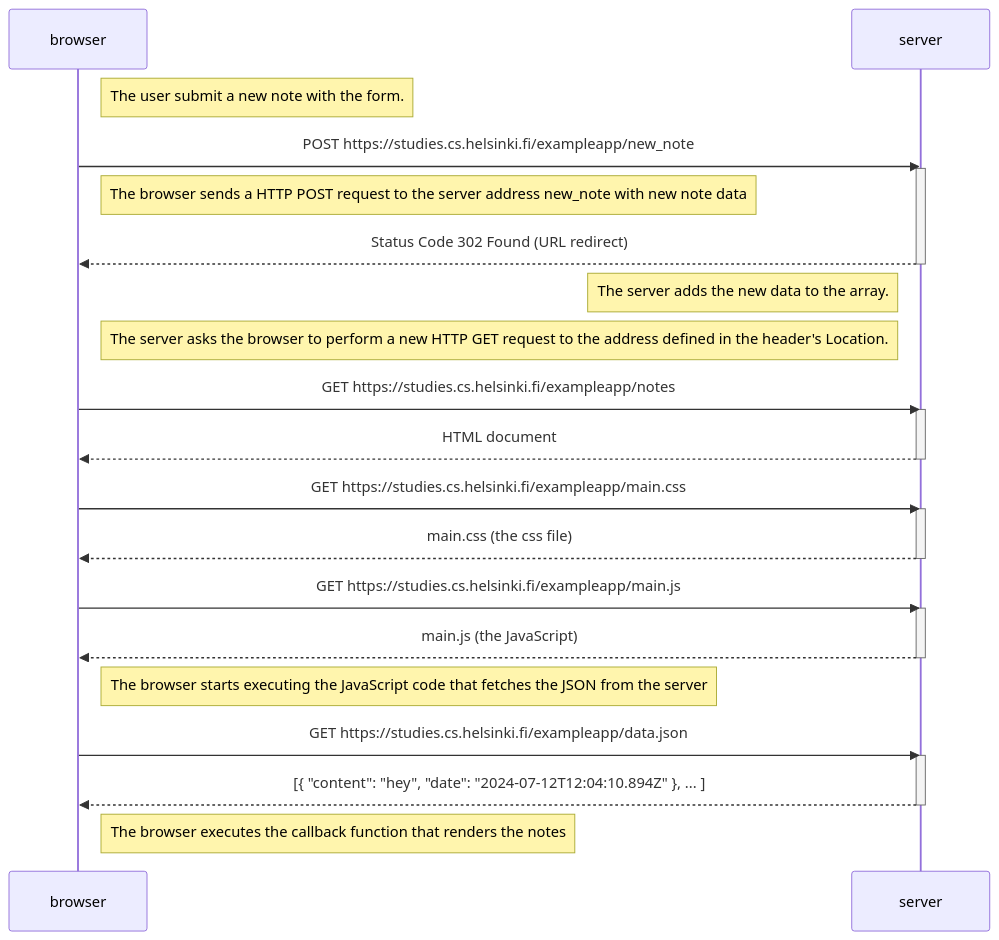
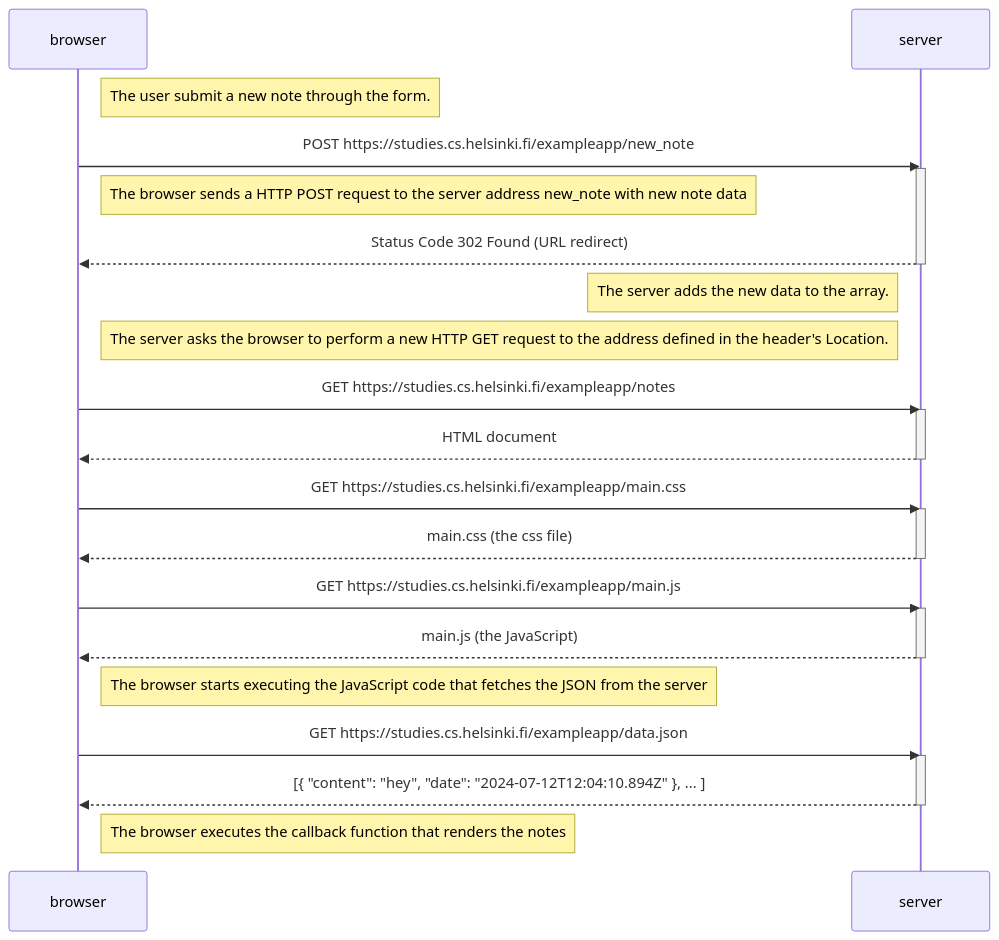
One commit to XXChen914/Part0 changed the diagram in 0.4-new-note-diagram.md. Above: the diagram before and after it, drawn with Mermaid.

````diff
--- a/0.4-new-note-diagram.md
+++ b/0.4-new-note-diagram.md
@@ -1,42 +1,42 @@
 ```mermaid
 sequenceDiagram
     participant browser
     participant server
 
-    Note right of browser: The user submit a new note with the form.
+    Note right of browser: The user submit a new note through the form.
 
     browser->>server: POST https://studies.cs.helsinki.fi/exampleapp/new_note
     activate server
 
     Note right of browser: The browser sends a HTTP POST request to the server address new_note with new note data
 
     server-->>browser: Status Code 302 Found (URL redirect)
     deactivate server
 
     Note left of server: The server adds the new data to the array.
     Note left of server: The server asks the browser to perform a new HTTP GET request to the address defined in the header's Location.
 
     browser->>server: GET https://studies.cs.helsinki.fi/exampleapp/notes
     activate server
     server-->>browser: HTML document
     deactivate server
 
     browser->>server: GET https://studies.cs.helsinki.fi/exampleapp/main.css
     activate server
     server-->>browser: main.css (the css file)
     deactivate server
 
     browser->>server: GET https://studies.cs.helsinki.fi/exampleapp/main.js
     activate server
     server-->>browser: main.js (the JavaScript)
     deactivate server
 
     Note right of browser: The browser starts executing the JavaScript code that fetches the JSON from the server
 
     browser->>server: GET https://studies.cs.helsinki.fi/exampleapp/data.json
     activate server
     server-->>browser: [{ "content": "hey", "date": "2024-07-12T12:04:10.894Z" }, ... ]
     deactivate server
 
     Note right of browser: The browser executes the callback function that renders the notes
 ```
````
